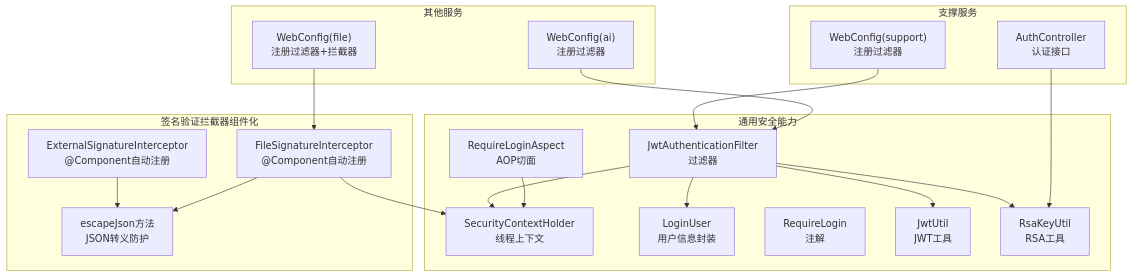
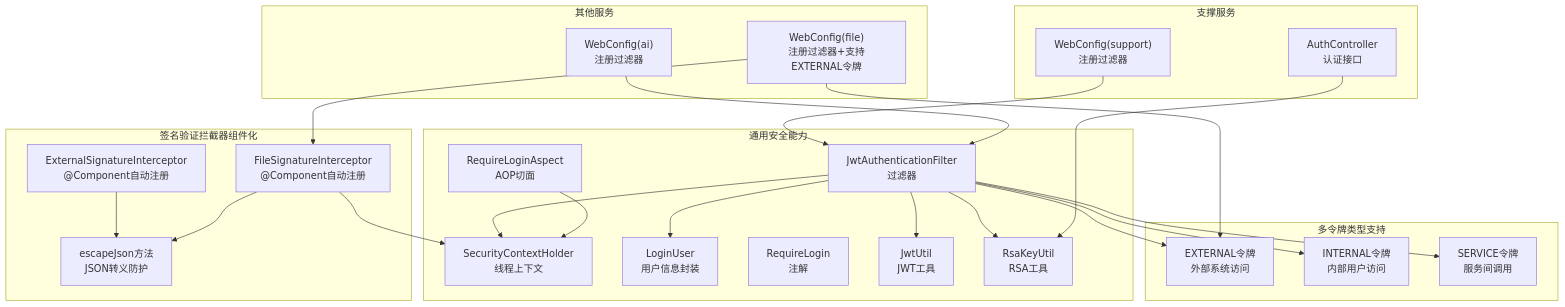
The first of 12 diagrams in .qoder/repowiki/zh/content/后端服务/公共模块 (ele-ai-tender-common)/安全认证与授权.md (DrunkFood/First), drawn with Mermaid before and after one commit. The commit also changed other lines of this file and 66 other files, not shown here.

````diff
--- a/.qoder/repowiki/zh/content/后端服务/公共模块 (ele-ai-tender-common)/安全认证与授权.md
+++ b/.qoder/repowiki/zh/content/后端服务/公共模块 (ele-ai-tender-common)/安全认证与授权.md
@@ -56,37 +61,46 @@
 ```mermaid
 graph TB
 subgraph "通用安全能力"
 F["JwtAuthenticationFilter<br/>过滤器"]
 Ctx["SecurityContextHolder<br/>线程上下文"]
 User["LoginUser<br/>用户信息封装"]
 Aop["RequireLoginAspect<br/>AOP切面"]
 Anno["RequireLogin<br/>注解"]
 Jwt["JwtUtil<br/>JWT工具"]
 Rsa["RsaKeyUtil<br/>RSA工具"]
+end
+subgraph "多令牌类型支持"
+ExtType["EXTERNAL令牌<br/>外部系统访问"]
+IntType["INTERNAL令牌<br/>内部用户访问"]
+SvcType["SERVICE令牌<br/>服务间调用"]
 end
 subgraph "签名验证拦截器组件化"
 ExtSig["ExternalSignatureInterceptor<br/>@Component自动注册"]
 FileSig["FileSignatureInterceptor<br/>@Component自动注册"]
 JsonEsc["escapeJson方法<br/>JSON转义防护"]
 end
 subgraph "支撑服务"
 AC["AuthController<br/>认证接口"]
 Ws["WebConfig(support)<br/>注册过滤器"]
 end
 subgraph "其他服务"
 Wa["WebConfig(ai)<br/>注册过滤器"]
-Wf["WebConfig(file)<br/>注册过滤器+拦截器"]
+Wf["WebConfig(file)<br/>注册过滤器+支持EXTERNAL令牌"]
 end
 F --> Ctx
 F --> User
 F --> Jwt
 F --> Rsa
+F --> ExtType
+F --> IntType
+F --> SvcType
 Aop --> Ctx
 AC --> Rsa
 Ws --> F
 Wa --> F
 Wf --> FileSig
+Wf --> ExtType
 ExtSig --> JsonEsc
 FileSig --> JsonEsc
 FileSig --> Ctx
 ```
````
